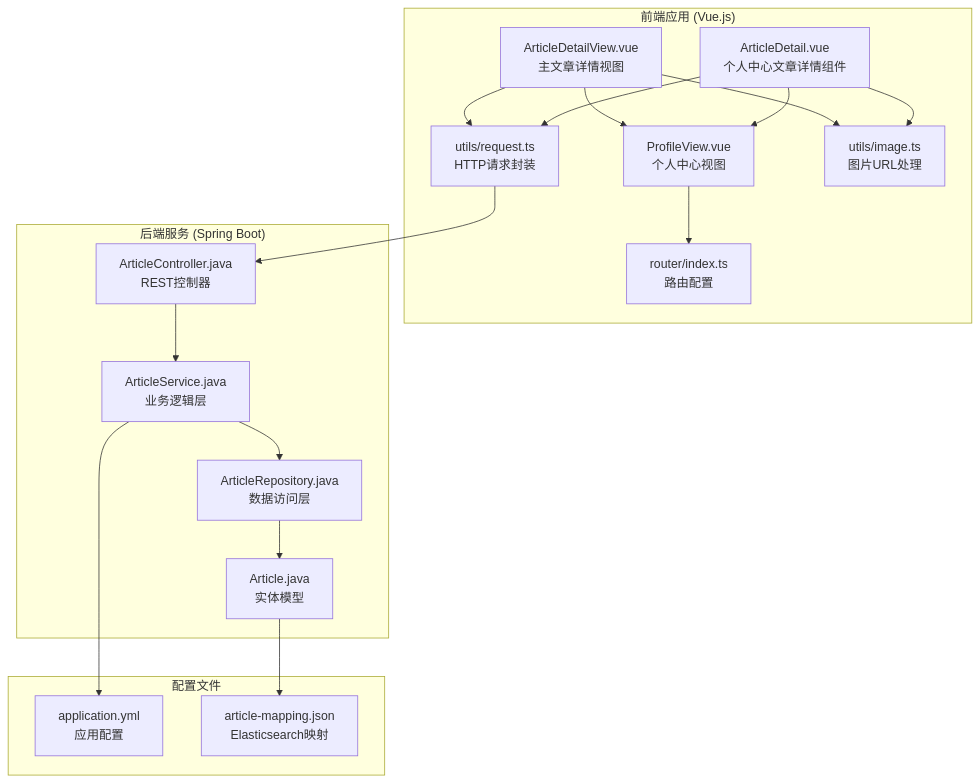
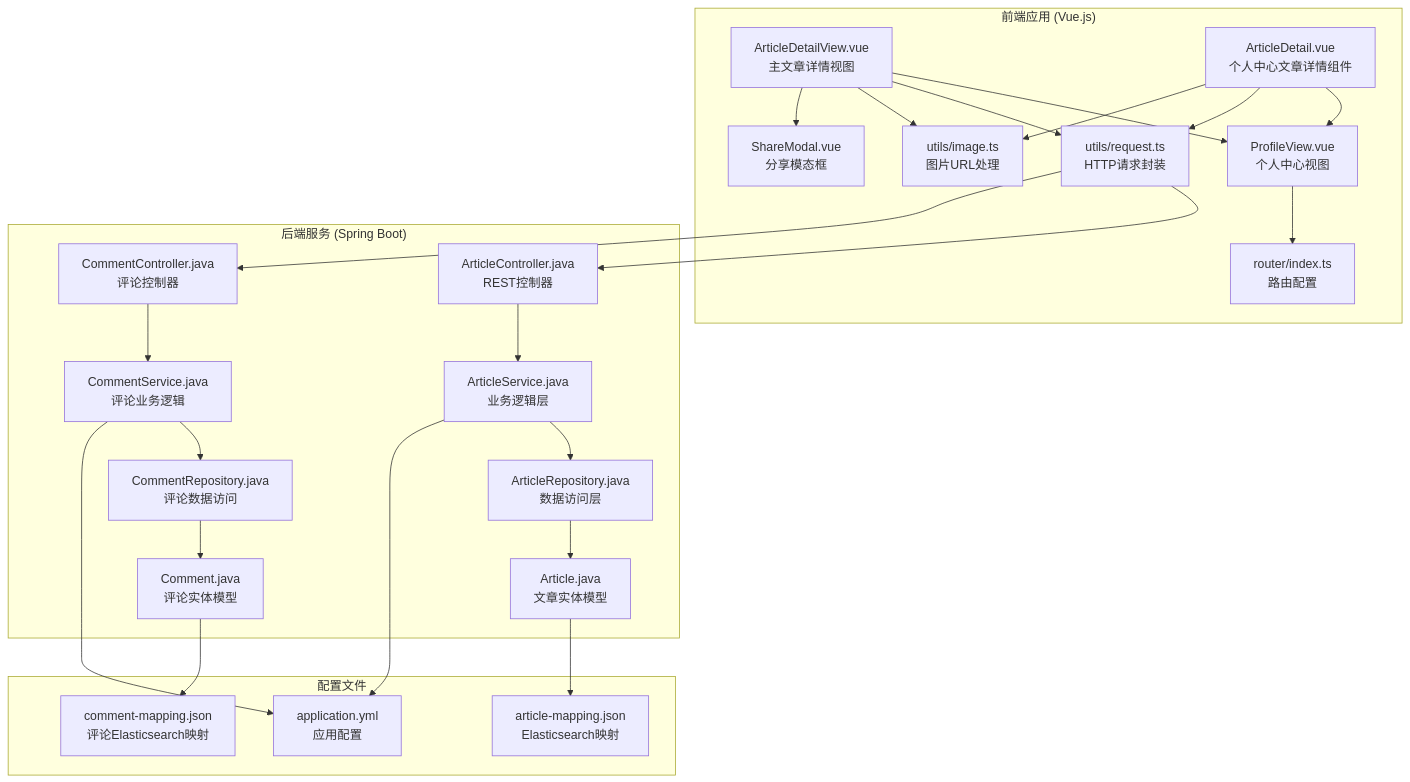
One commit to 20164206160/zhishilu changed the first of 17 diagrams in .qoder/repowiki/zh/content/Article Detail View.md. Above: the diagram before and after it, drawn with Mermaid. The commit also changed other lines of this file and 4 other files, not shown here.

````diff
--- a/.qoder/repowiki/zh/content/Article Detail View.md
+++ b/.qoder/repowiki/zh/content/Article Detail View.md
@@ -51,34 +56,47 @@
 ```mermaid
 graph TB
 subgraph "前端应用 (Vue.js)"
 A[ArticleDetailView.vue<br/>主文章详情视图]
 B[ArticleDetail.vue<br/>个人中心文章详情组件]
 C[ProfileView.vue<br/>个人中心视图]
 D[router/index.ts<br/>路由配置]
 E[utils/request.ts<br/>HTTP请求封装]
 F[utils/image.ts<br/>图片URL处理]
+G[ShareModal.vue<br/>分享模态框]
 end
 subgraph "后端服务 (Spring Boot)"
-G[ArticleController.java<br/>REST控制器]
-H[ArticleService.java<br/>业务逻辑层]
-I[ArticleRepository.java<br/>数据访问层]
-J[Article.java<br/>实体模型]
+H[ArticleController.java<br/>REST控制器]
+I[CommentController.java<br/>评论控制器]
+J[ArticleService.java<br/>业务逻辑层]
+K[CommentService.java<br/>评论业务逻辑]
+L[ArticleRepository.java<br/>数据访问层]
+M[CommentRepository.java<br/>评论数据访问]
+N[Article.java<br/>文章实体模型]
+O[Comment.java<br/>评论实体模型]
 end
 subgraph "配置文件"
-K[application.yml<br/>应用配置]
-L[article-mapping.json<br/>Elasticsearch映射]
+P[application.yml<br/>应用配置]
+Q[article-mapping.json<br/>Elasticsearch映射]
+R[comment-mapping.json<br/>评论Elasticsearch映射]
 end
 A --> C
 B --> C
 A --> E
 B --> E
 A --> F
 B --> F
+A --> G
 C --> D
-E --> G
-G --> H
-H --> I
-I --> J
-H --> K
+E --> H
+E --> I
+H --> J
+I --> K
 J --> L
+K --> M
+L --> N
+M --> O
+J --> P
+K --> P
+N --> Q
+O --> R
 ```
````
